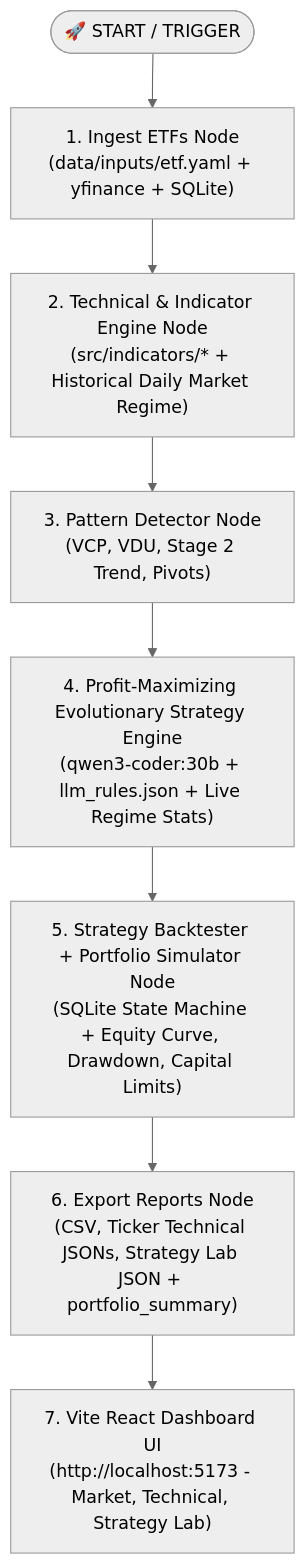
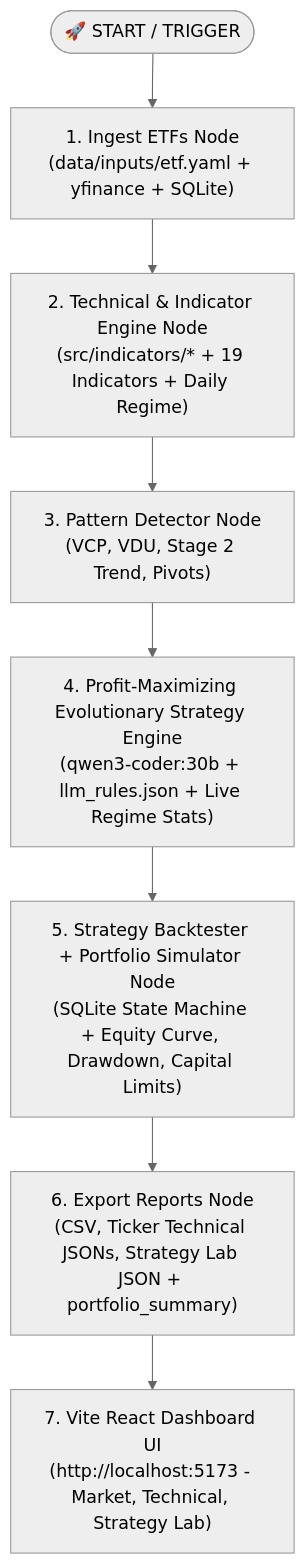
The diagram in README.md (cvaws/stock-analyzer.ai), drawn with Mermaid (neutral theme) before and after one commit. The commit also changed other lines of this file and 22 other files, not shown here.

````diff
--- a/README.md
+++ b/README.md
@@ -82,10 +84,10 @@
 ```mermaid
 graph TD
     StartNode(["🚀 START / TRIGGER"]) --> IngestNode["1. Ingest ETFs Node<br>(data/inputs/etf.yaml + yfinance + SQLite)"]
-    IngestNode --> TechNode["2. Technical & Indicator Engine Node<br>(src/indicators/* + Historical Daily Market Regime)"]
+    IngestNode --> TechNode["2. Technical & Indicator Engine Node<br>(src/indicators/* + 19 Indicators + Daily Regime)"]
     TechNode --> PatternNode["3. Pattern Detector Node<br>(VCP, VDU, Stage 2 Trend, Pivots)"]
     PatternNode --> EvolutionaryOptimizerNode["4. Profit-Maximizing Evolutionary Strategy Engine<br>(qwen3-coder:30b + llm_rules.json + Live Regime Stats)"]
     EvolutionaryOptimizerNode --> BacktestNode["5. Strategy Backtester + Portfolio Simulator Node<br>(SQLite State Machine + Equity Curve, Drawdown, Capital Limits)"]
     BacktestNode --> ExportNode["6. Export Reports Node<br>(CSV, Ticker Technical JSONs, Strategy Lab JSON + portfolio_summary)"]
     ExportNode --> DashboardNode["7. Vite React Dashboard UI<br>(http://localhost:5173 - Market, Technical, Strategy Lab)"]
 ```
````
